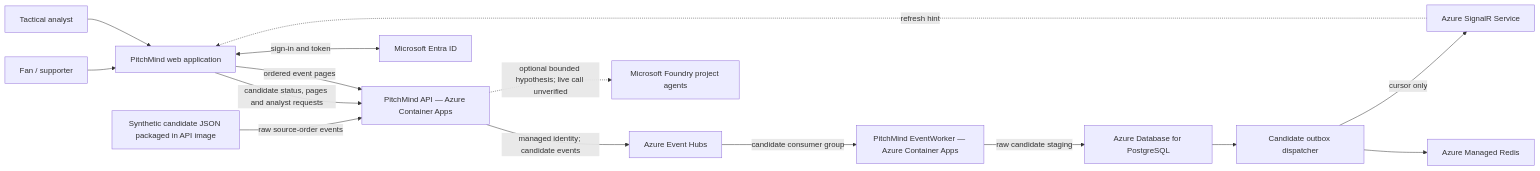
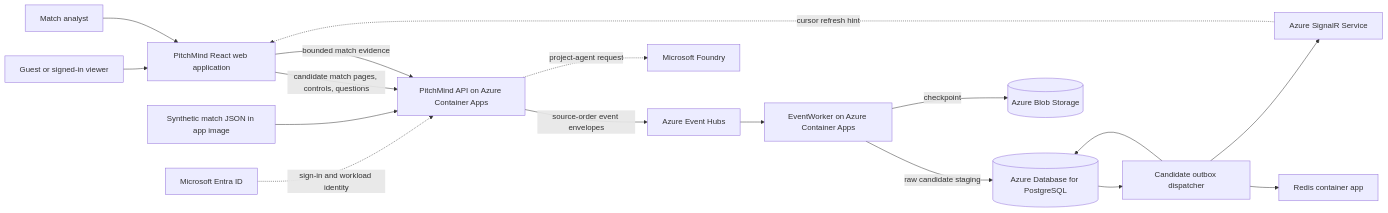
One commit to prateekgangopadhyay/PitchMind changed the diagram in docs/architecture/01-system-context.md. Above: the diagram before and after it, drawn with Mermaid. The commit also changed other lines of this file and 17 other files, not shown here.

Commit message:
Update current architecture docs and sign-in hero

````diff
--- a/docs/architecture/01-system-context.md
+++ b/docs/architecture/01-system-context.md
@@ -5,17 +5,19 @@
 ```mermaid
 flowchart LR
-  Fan["Fan / supporter"] --> PM["PitchMind web application"]
-  Analyst["Tactical analyst"] --> PM
-  PM -->|"candidate status, pages and analyst requests"| Data["PitchMind API — Azure Container Apps"]
-  Source["Synthetic candidate JSON packaged in API image"] -->|"raw source-order events"| Data
-  Data -->|"managed identity; candidate events"| Stream["Azure Event Hubs"]
-  Stream -->|"candidate consumer group"| Worker["PitchMind EventWorker — Azure Container Apps"]
-  Worker -->|"raw candidate staging"| Store["Azure Database for PostgreSQL"]
-  Store --> Dispatch["Candidate outbox dispatcher"]
-  Dispatch --> Cache["Azure Managed Redis"]
-  Dispatch -->|"cursor only"| Realtime["Azure SignalR Service"]
-  Realtime -. "refresh hint" .-> PM
-  PM -->|"ordered event pages"| Data
-  PM <-->|"sign-in and token"| Entra["Microsoft Entra ID"]
-  Data -. "optional bounded hypothesis; live call unverified" .-> Foundry["Microsoft Foundry project agents"]
+  Viewer[Guest or signed-in viewer] --> UI[PitchMind React web application]
+  Analyst[Match analyst] --> UI
+  UI -->|candidate match pages, controls, questions| API[PitchMind API on Azure Container Apps]
+  Source[Synthetic match JSON in app image] --> API
+  API -->|source-order event envelopes| EH[Azure Event Hubs]
+  EH --> Worker[EventWorker on Azure Container Apps]
+  Worker -->|raw candidate staging| PG[(Azure Database for PostgreSQL)]
+  Worker -->|checkpoint| Blob[(Azure Blob Storage)]
+  PG --> Dispatch[Candidate outbox dispatcher]
+  Dispatch --> PG
+  Dispatch --> Redis[Redis container app]
+  Dispatch --> SignalR[Azure SignalR Service]
+  SignalR -. cursor refresh hint .-> UI
+  UI -->|bounded match evidence| API
+  API -. project-agent request .-> Foundry[Microsoft Foundry]
+  Entra[Microsoft Entra ID] -. sign-in and workload identity .-> API
 ```
````
